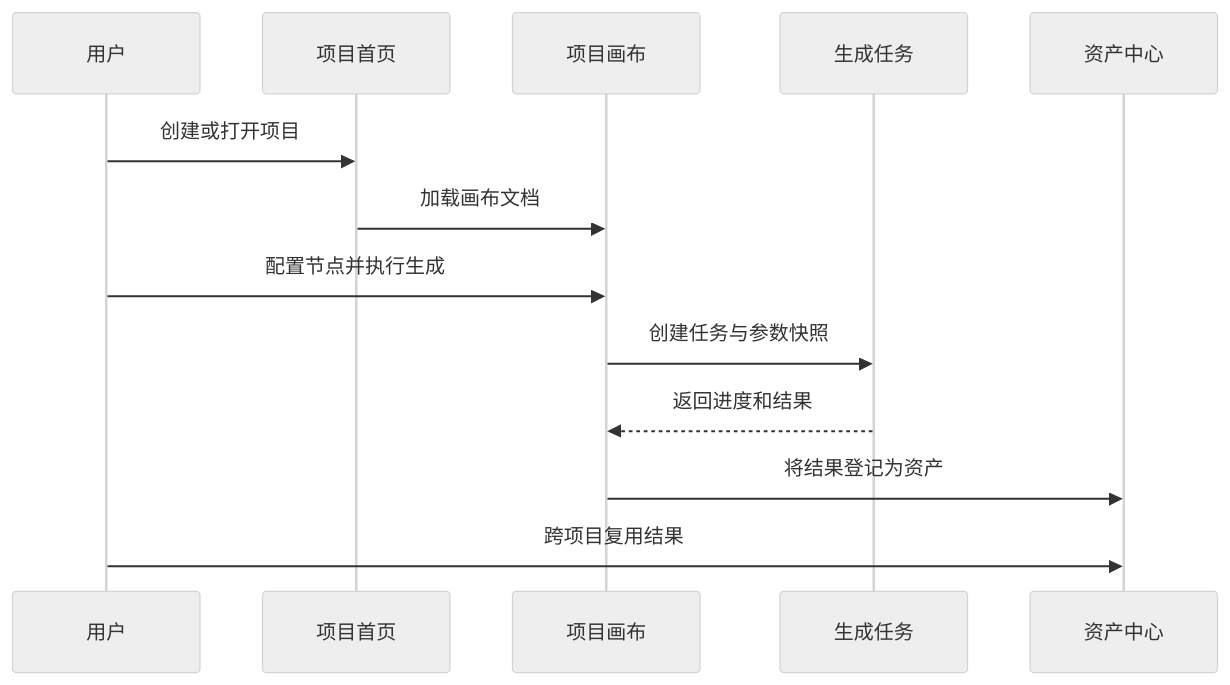
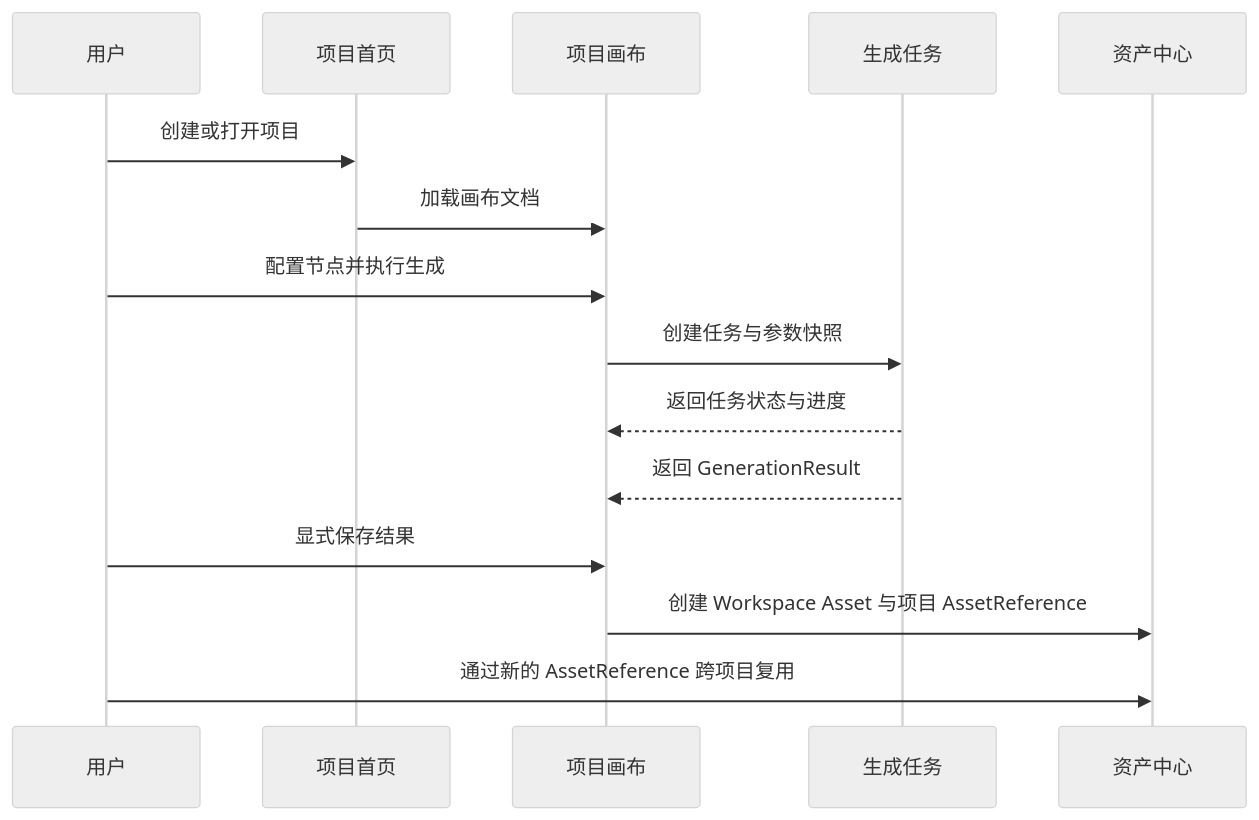
One commit to Heo7n/reelay-canvas-prototype changed the third of 3 diagrams in docs/product-expansion-plan.md. Above: the diagram before and after it, drawn with Mermaid (neutral theme). The commit also changed other lines of this file and 17 other files, not shown here.

````diff
--- a/docs/product-expansion-plan.md
+++ b/docs/product-expansion-plan.md
@@ -339,16 +354,18 @@
 ```mermaid
 sequenceDiagram
   participant U as 用户
   participant H as 项目首页
   participant C as 项目画布
   participant T as 生成任务
   participant A as 资产中心
 
   U->>H: 创建或打开项目
   H->>C: 加载画布文档
   U->>C: 配置节点并执行生成
   C->>T: 创建任务与参数快照
-  T-->>C: 返回进度和结果
-  C->>A: 将结果登记为资产
-  U->>A: 跨项目复用结果
+  T-->>C: 返回任务状态与进度
+  T-->>C: 返回 GenerationResult
+  U->>C: 显式保存结果
+  C->>A: 创建 Workspace Asset 与项目 AssetReference
+  U->>A: 通过新的 AssetReference 跨项目复用
 ```
````
